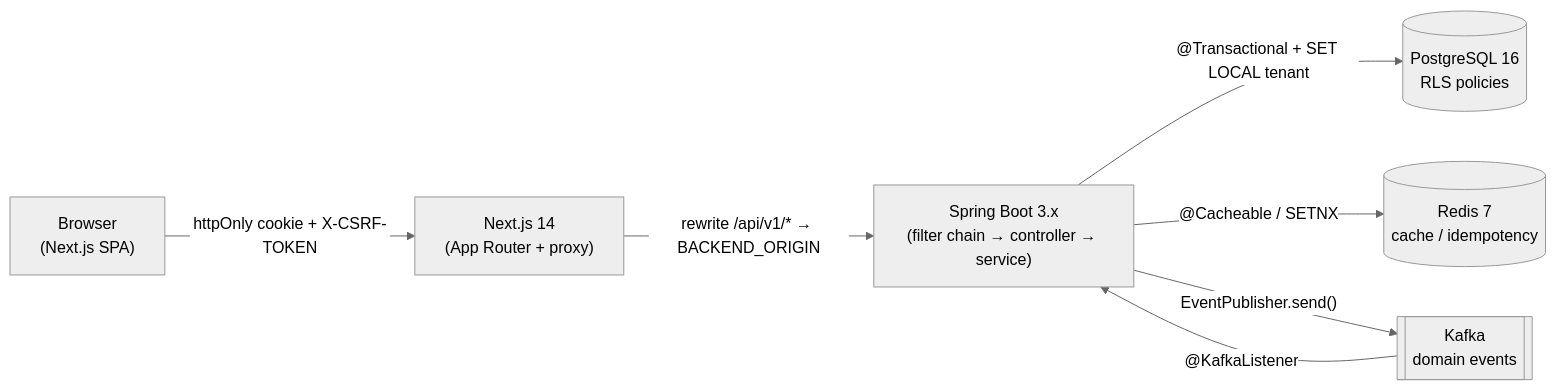
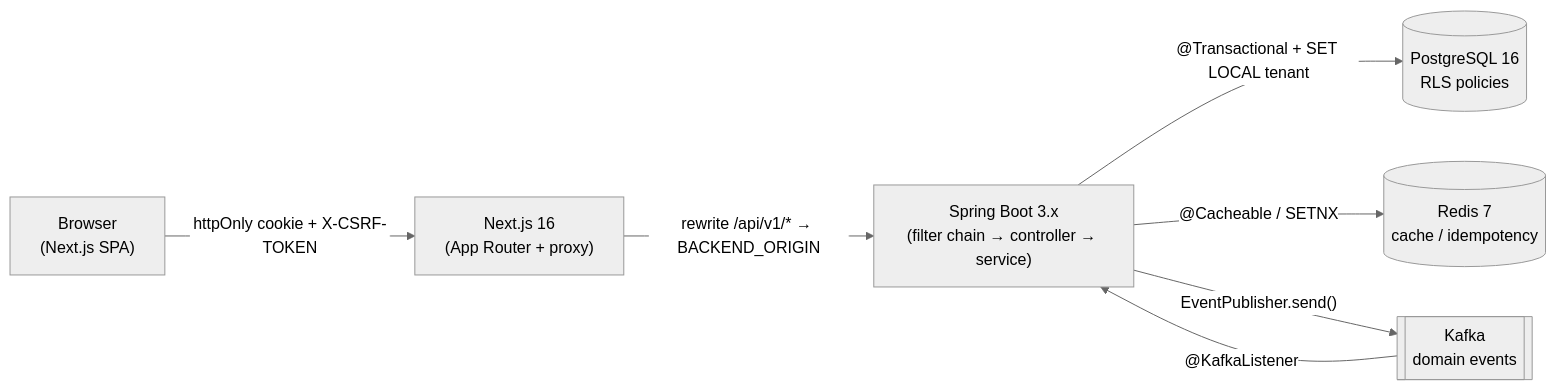
The first of 5 diagrams in docs/architecture/data-flow.md (fayaz30395/nu-aura), drawn with Mermaid (neutral theme) before and after one commit. The commit also changed 6 other files, not shown here.

````diff
--- a/docs/architecture/data-flow.md
+++ b/docs/architecture/data-flow.md
@@ -15,16 +15,16 @@
 ```mermaid
 flowchart LR
     Browser["Browser<br/>(Next.js SPA)"]
-    Next["Next.js 14<br/>(App Router + proxy)"]
+    Next["Next.js 16<br/>(App Router + proxy)"]
     Spring["Spring Boot 3.x<br/>(filter chain → controller → service)"]
     PG[("PostgreSQL 16<br/>RLS policies")]
     Redis[("Redis 7<br/>cache / idempotency")]
     Kafka[["Kafka<br/>domain events"]]
 
     Browser -->|"httpOnly cookie + X-CSRF-TOKEN"| Next
     Next -->|"rewrite /api/v1/* → BACKEND_ORIGIN"| Spring
     Spring -->|"@Transactional + SET LOCAL tenant"| PG
     Spring -->|"@Cacheable / SETNX"| Redis
     Spring -->|"EventPublisher.send()"| Kafka
     Kafka -->|"@KafkaListener"| Spring
 ```
````
